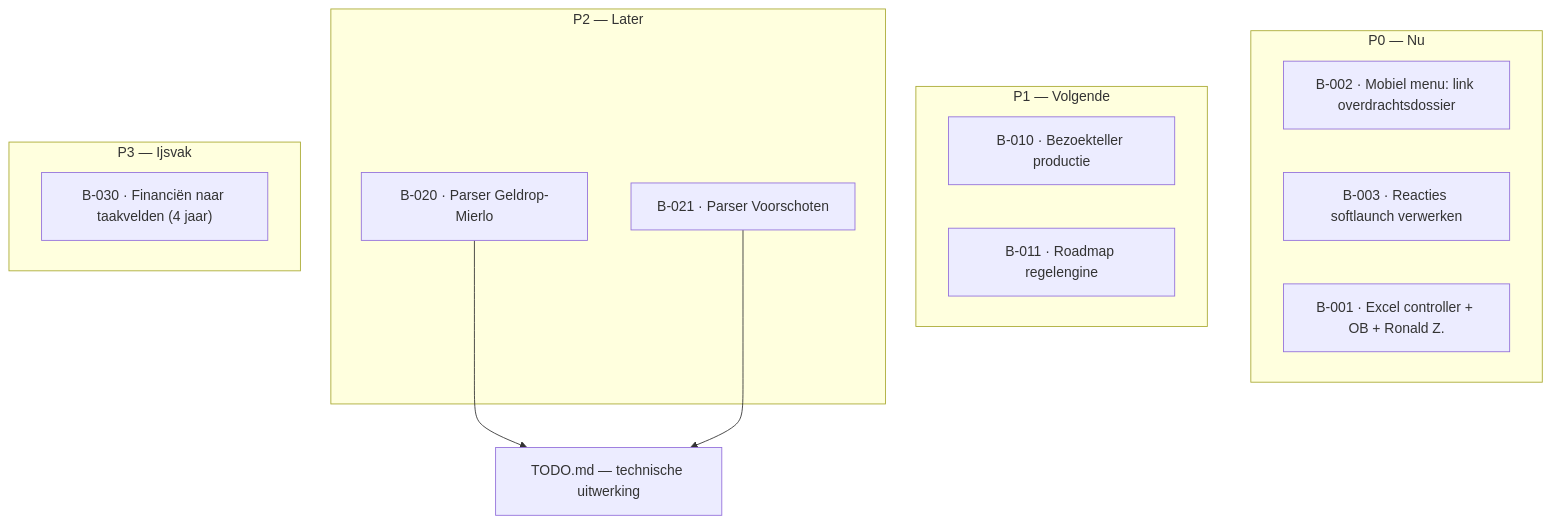
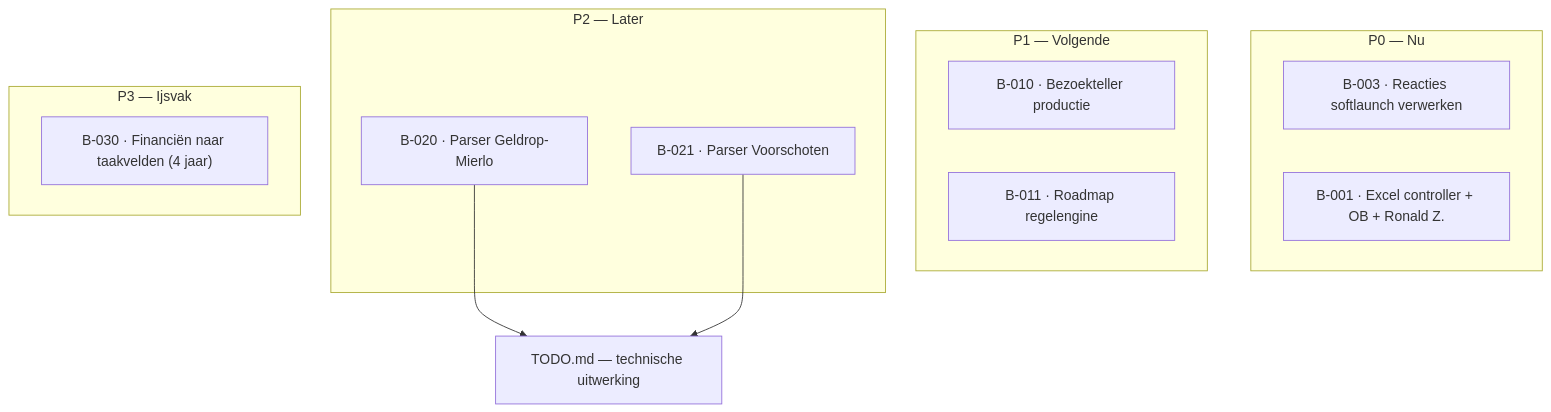
One commit to benjosb/beleidsbibliotheek changed the diagram in BACKLOG.md. Above: the diagram before and after it, drawn with Mermaid. The commit also changed other lines of this file and 1540 other files, not shown here.

````diff
--- a/BACKLOG.md
+++ b/BACKLOG.md
@@ -27,27 +27,26 @@
 ```mermaid
 flowchart TB
     subgraph P0["P0 — Nu"]
-        B002["B-002 · Mobiel menu: link overdrachtsdossier"]
         B003["B-003 · Reacties softlaunch verwerken"]
         B001["B-001 · Excel controller + OB + Ronald Z."]
     end
 
     subgraph P1["P1 — Volgende"]
         B010["B-010 · Bezoekteller productie"]
         B011["B-011 · Roadmap regelengine"]
     end
 
     subgraph P2["P2 — Later"]
         B020["B-020 · Parser Geldrop-Mierlo"]
         B021["B-021 · Parser Voorschoten"]
     end
 
     subgraph P3["P3 — Ijsvak"]
         B030["B-030 · Financiën naar taakvelden (4 jaar)"]
     end
 
     TODOMD["TODO.md — technische uitwerking"]
 
     B020 --> TODOMD
     B021 --> TODOMD
 ```
````
